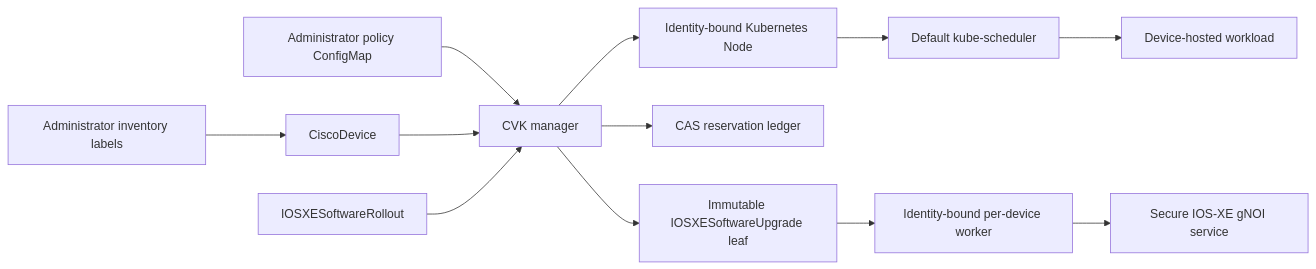
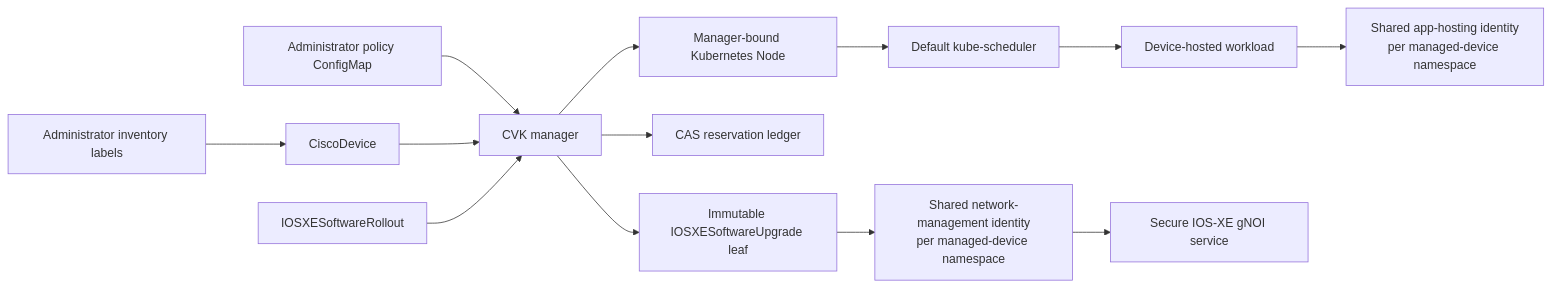
The diagram in docs/topology-awareness.md (cisco-open/cisco-virtual-kubelet), drawn with Mermaid before and after one commit. The commit also changed other lines of this file and 65 other files, not shown here.

Commit message:
refactor: use shared functional worker identities

````diff
--- a/docs/topology-awareness.md
+++ b/docs/topology-awareness.md
@@ -34,14 +34,15 @@
 ```mermaid
 flowchart LR
     I[Administrator inventory labels] --> D[CiscoDevice]
     P[Administrator policy ConfigMap] --> M[CVK manager]
     D --> M
-    M --> N[Identity-bound Kubernetes Node]
+    M --> N[Manager-bound Kubernetes Node]
     N --> S[Default kube-scheduler]
     S --> W[Device-hosted workload]
+    W --> A[Shared app-hosting identity<br/>per managed-device namespace]
     R[IOSXESoftwareRollout] --> M
     M --> L[CAS reservation ledger]
     M --> U[Immutable IOSXESoftwareUpgrade leaf]
-    U --> K[Identity-bound per-device worker]
+    U --> K[Shared network-management identity<br/>per managed-device namespace]
     K --> G[Secure IOS-XE gNOI service]
 ```
````
